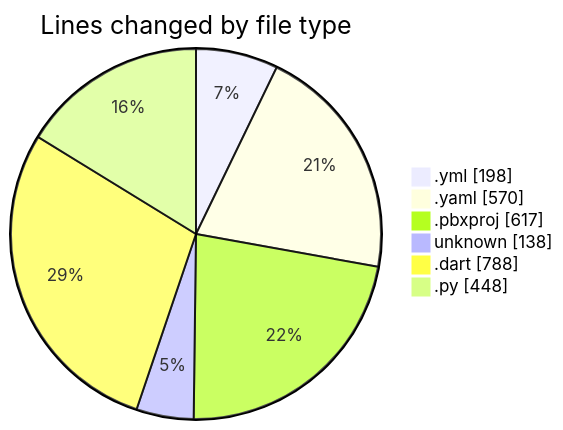
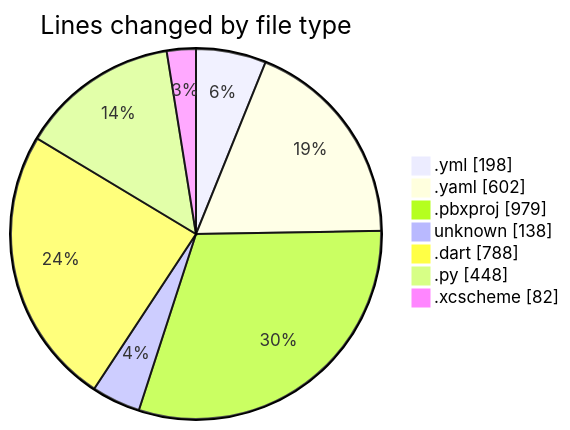
One commit to lephambinh05/code-tracking changed the first of 2 diagrams in 2025-08-08/studybuddy/README.md. Above: the diagram before and after it, drawn with Mermaid. The commit also changed other lines of this file and 1 other file, not shown here.

````diff
--- a/2025-08-08/studybuddy/README.md
+++ b/2025-08-08/studybuddy/README.md
@@ -28,10 +29,11 @@
 ```mermaid
 pie showData
 title Lines changed by file type
 ".yml" : 198
-".yaml" : 570
-".pbxproj" : 617
+".yaml" : 602
+".pbxproj" : 979
 "unknown" : 138
 ".dart" : 788
 ".py" : 448
+".xcscheme" : 82
 ```
````
